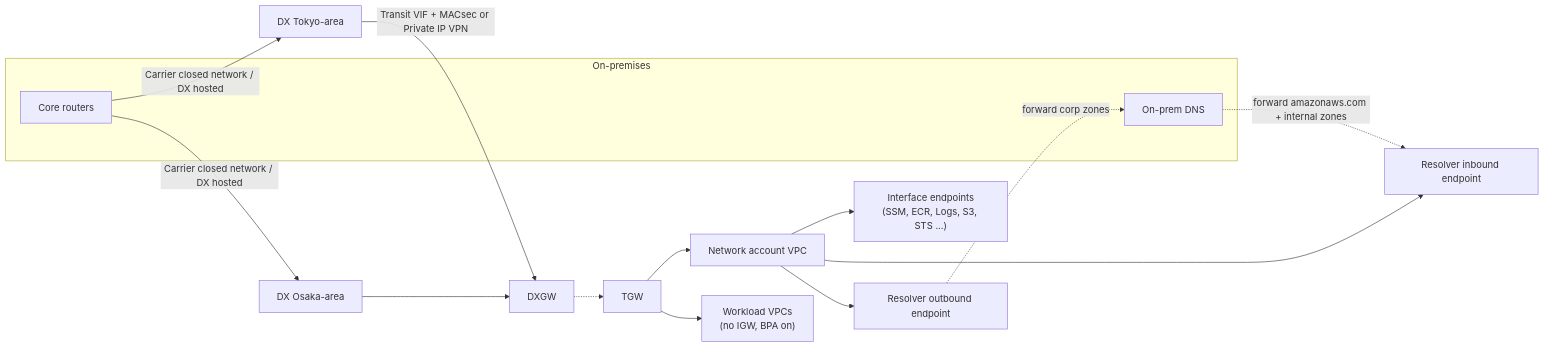
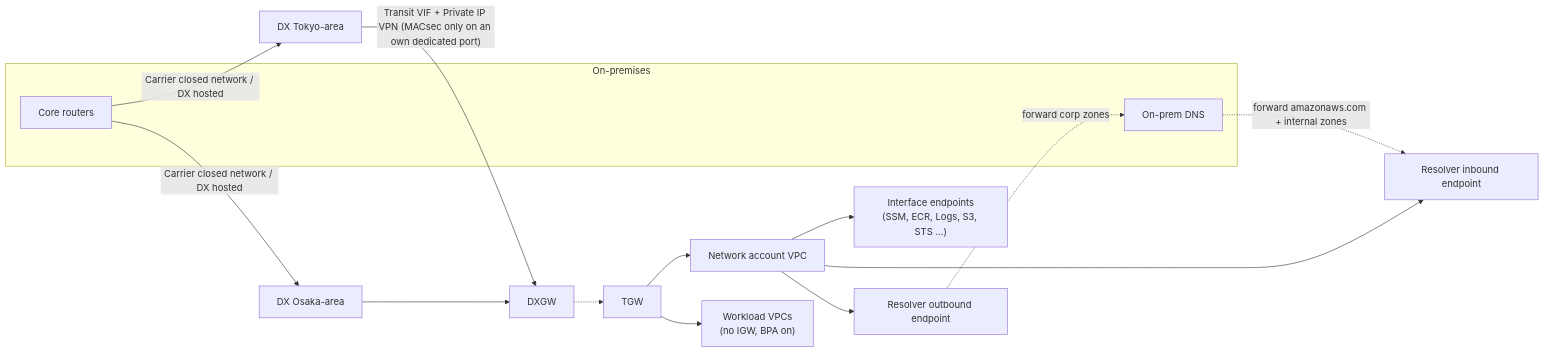
Before and after one commit to 0-draft/on-ramp: the sixth of 6 diagrams in docs/13-design-patterns.md, drawn with Mermaid. The commit also changed other lines of this file and 11 other files, not shown here.

Commit message:
docs: align research notes with the site (Accelerated VPN TGW-only, DX SLA conditions, MACsec L2 caveat, S3 gateway endpoints stay, VPC Resolver naming, MSS clamping, missing launches)

````diff
--- a/docs/13-design-patterns.md
+++ b/docs/13-design-patterns.md
@@ -132,19 +132,19 @@
 ```mermaid
 flowchart LR
   subgraph ONP["On-premises"]
     CR["Core routers"]
     ODNS["On-prem DNS"]
   end
   CR -->|"Carrier closed network / DX hosted"| DX1["DX Tokyo-area"]
   CR -->|"Carrier closed network / DX hosted"| DX2["DX Osaka-area"]
-  DX1 -->|"Transit VIF + MACsec or Private IP VPN"| DXGW["DXGW"]
+  DX1 -->|"Transit VIF + Private IP VPN (MACsec only on an own dedicated port)"| DXGW["DXGW"]
   DX2 --> DXGW
   DXGW -.-> TGW["TGW"]
   TGW --> NET["Network account VPC"]
   NET --> IEP["Interface endpoints<br/>(SSM, ECR, Logs, S3, STS ...)"]
   NET --> RIN["Resolver inbound endpoint"]
   NET --> ROUT["Resolver outbound endpoint"]
   TGW --> WL["Workload VPCs<br/>(no IGW, BPA on)"]
   ODNS -.->|"forward amazonaws.com + internal zones"| RIN
   ROUT -.->|"forward corp zones"| ODNS
 ```
````
